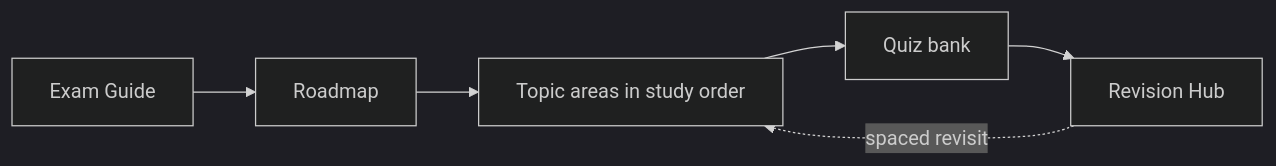
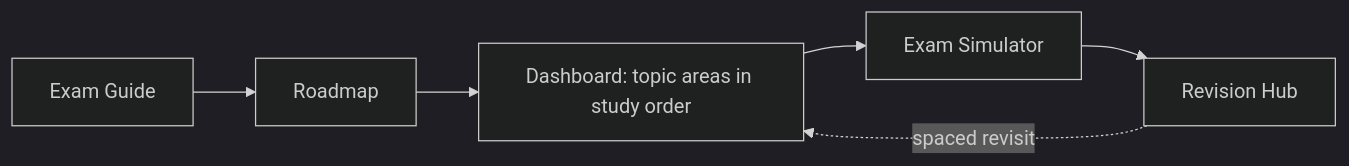
Before and after one commit to jasseryah-mazars/Sf-8.0: the diagram in docs/index.md, drawn with Mermaid (dark theme). The commit also changed other lines of this file and 14 other files, not shown here.

````diff
--- a/docs/index.md
+++ b/docs/index.md
@@ -29,8 +130,8 @@
 ```mermaid
 flowchart LR
     G[Exam Guide] --> R[Roadmap]
-    R --> A[Topic areas in study order]
-    A --> Q[Quiz bank]
+    R --> A[Dashboard: topic areas in study order]
+    A --> Q[Exam Simulator]
     Q --> V[Revision Hub]
     V -.spaced revisit.-> A
 ```
````
